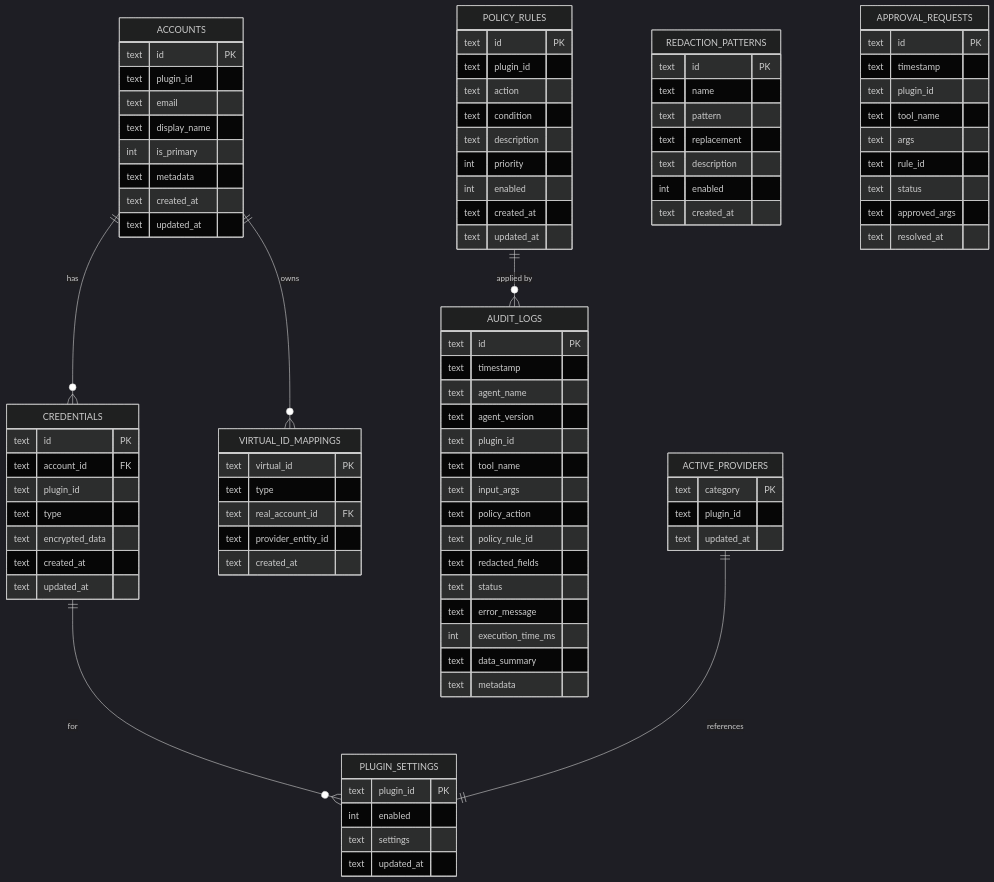
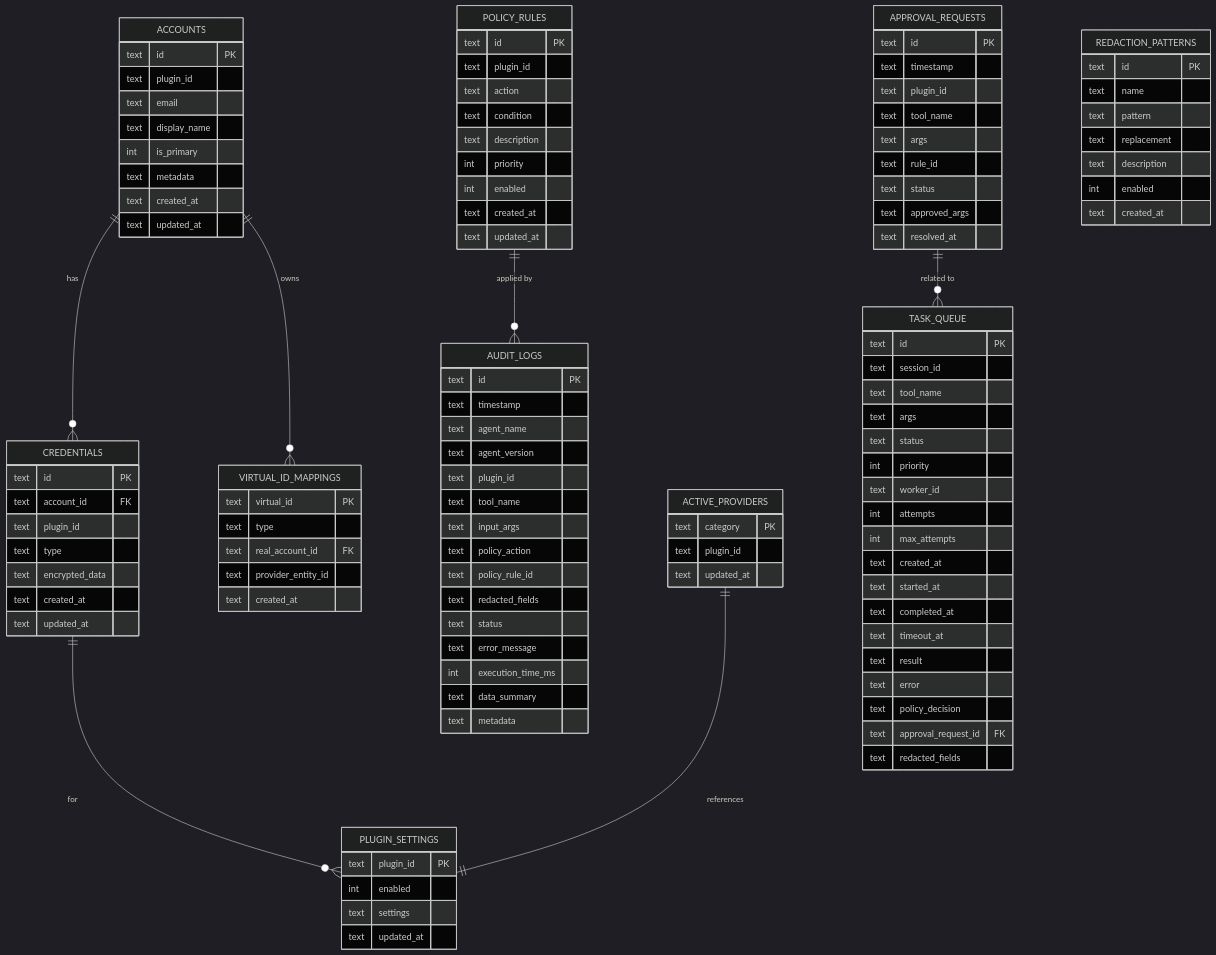
The eighth of 8 diagrams in docs/ARCHITECTURE.md (modularitylabs/corelink), drawn with Mermaid (dark theme) before and after one commit. The commit also changed other lines of this file and 6 other files, not shown here.

````diff
--- a/docs/ARCHITECTURE.md
+++ b/docs/ARCHITECTURE.md
@@ -803,6 +898,7 @@
     CREDENTIALS ||--o{ PLUGIN_SETTINGS : "for"
     POLICY_RULES ||--o{ AUDIT_LOGS : "applied by"
     ACTIVE_PROVIDERS ||--|| PLUGIN_SETTINGS : "references"
+    APPROVAL_REQUESTS ||--o{ TASK_QUEUE : "related to"
 
     ACCOUNTS {
         text id PK
@@ -897,4 +993,25 @@
         text plugin_id
         text updated_at
     }
+
+    TASK_QUEUE {
+        text id PK
+        text session_id
+        text tool_name
+        text args
+        text status
+        int priority
+        text worker_id
+        int attempts
+        int max_attempts
+        text created_at
+        text started_at
+        text completed_at
+        text timeout_at
+        text result
+        text error
+        text policy_decision
+        text approval_request_id FK
+        text redacted_fields
+    }
 ```
````
